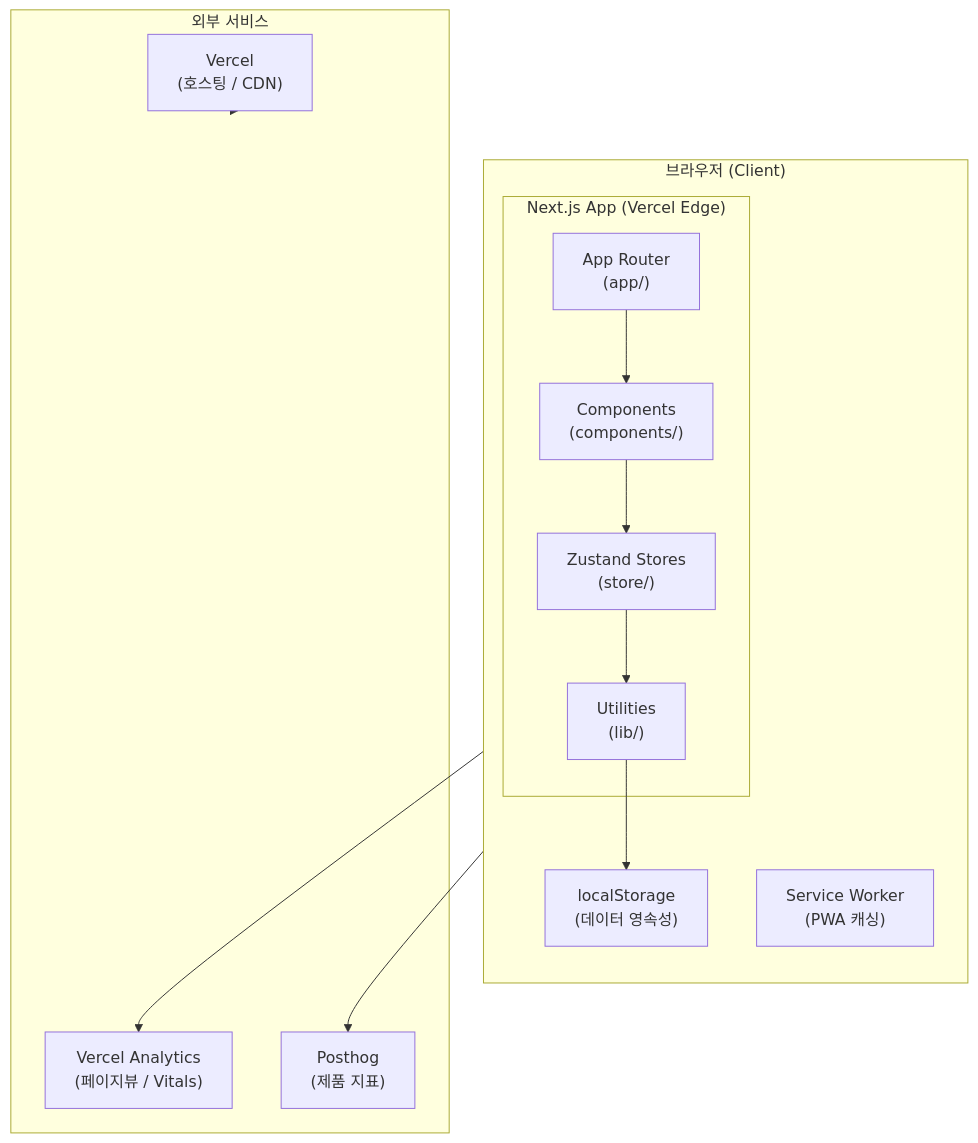
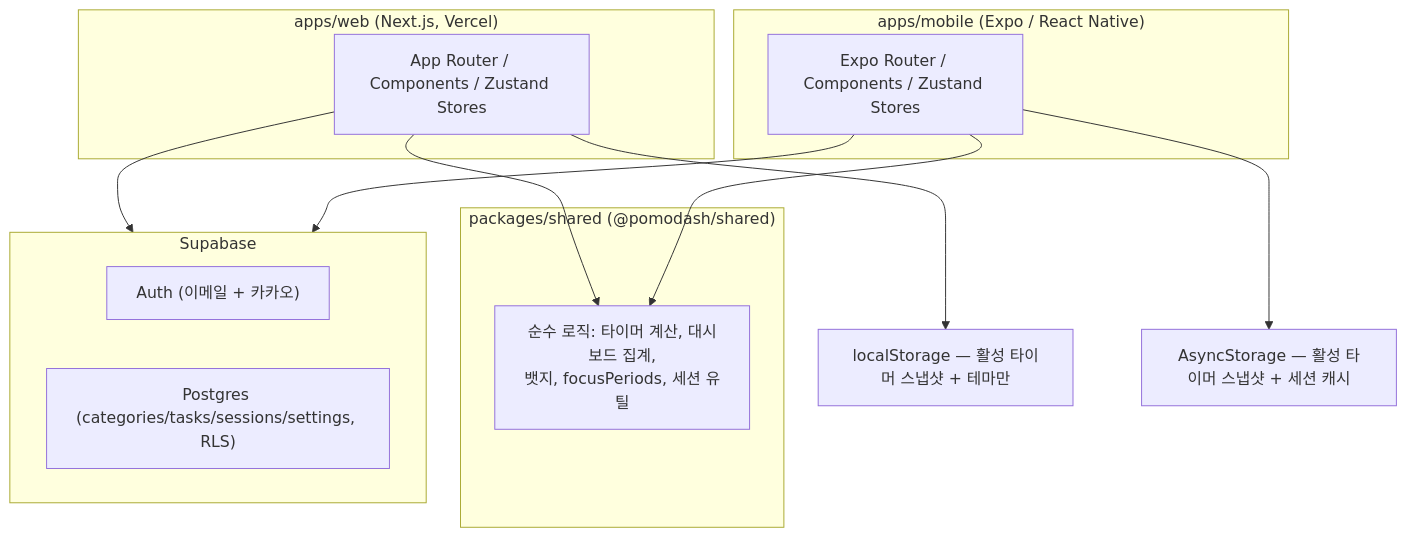
One commit to aaaz425/pomodash changed the first of 4 diagrams in docs/specs/architecture-diagram.md. Above: the diagram before and after it, drawn with Mermaid. The commit also changed other lines of this file and 5 other files, not shown here.

````diff
--- a/docs/specs/architecture-diagram.md
+++ b/docs/specs/architecture-diagram.md
@@ -9,28 +9,27 @@
 ```mermaid
 flowchart TB
-    subgraph Browser["브라우저 (Client)"]
-        direction TB
-        subgraph Next["Next.js App (Vercel Edge)"]
-            AppRouter["App Router\n(app/)"]
-            Components["Components\n(components/)"]
-            Stores["Zustand Stores\n(store/)"]
-            Lib["Utilities\n(lib/)"]
-        end
-        LS["localStorage\n(데이터 영속성)"]
-        SW["Service Worker\n(PWA 캐싱)"]
+    subgraph Web["apps/web (Next.js, Vercel)"]
+        WebApp["App Router / Components / Zustand Stores"]
+    end
+    subgraph Mobile["apps/mobile (Expo / React Native)"]
+        MobileApp["Expo Router / Components / Zustand Stores"]
+    end
+    subgraph Shared["packages/shared (@pomodash/shared)"]
+        SharedLib["순수 로직: 타이머 계산, 대시보드 집계,\n뱃지, focusPeriods, 세션 유틸"]
     end
 
-    subgraph External["외부 서비스"]
-        Vercel["Vercel\n(호스팅 / CDN)"]
-        Analytics["Vercel Analytics\n(페이지뷰 / Vitals)"]
-        Posthog["Posthog\n(제품 지표)"]
+    subgraph Supabase["Supabase"]
+        Auth["Auth (이메일 + 카카오)"]
+        DB["Postgres (categories/tasks/sessions/settings, RLS)"]
     end
 
-    AppRouter --> Components
-    Components --> Stores
-    Stores --> Lib
-    Lib --> LS
-    Next --> Analytics
-    Next --> Posthog
-    Vercel --> Next
+    WebApp --> SharedLib
+    MobileApp --> SharedLib
+    WebApp --> Supabase
+    MobileApp --> Supabase
+
+    LS["localStorage — 활성 타이머 스냅샷 + 테마만"]
+    AS["AsyncStorage — 활성 타이머 스냅샷 + 세션 캐시"]
+    WebApp --> LS
+    MobileApp --> AS
 ```
````
